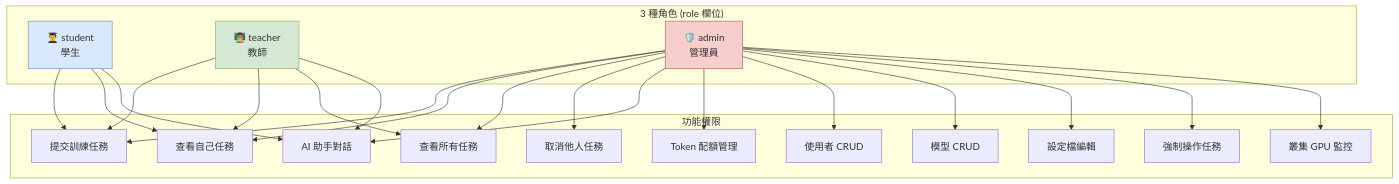
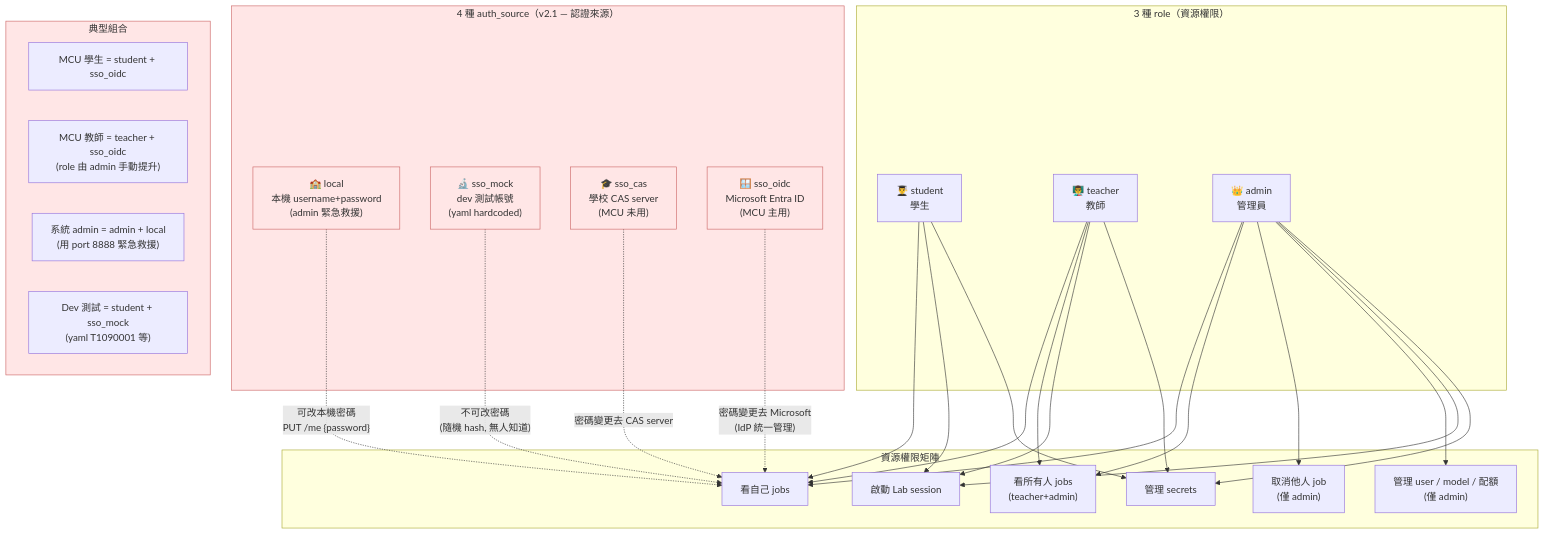
The seventh of 12 diagrams in docs/diagrams/ARCHITECTURE-MERMAID.md (Lazywah/MingChuan-library-testing-projects), drawn with Mermaid before and after one commit. The commit also changed other lines of this file and 3 other files, not shown here.

First line of the commit message:
文件: 更新 mermaid 架構圖與 00/README 反映 v2.1 SSO OIDC 與 v2.0 Lab

````diff
--- a/docs/diagrams/ARCHITECTURE-MERMAID.md
+++ b/docs/diagrams/ARCHITECTURE-MERMAID.md
@@ -417,48 +551,53 @@
 ```mermaid
 flowchart TB
-    subgraph Roles["3 種角色 (role 欄位)"]
+    subgraph Roles["3 種 role（資源權限）"]
         S["👨‍🎓 student<br/>學生"]
         T["👨‍🏫 teacher<br/>教師"]
-        A["🛡️ admin<br/>管理員"]
+        A["👑 admin<br/>管理員"]
     end
 
-    subgraph Features["功能權限"]
-        F1["提交訓練任務"]
-        F2["查看自己任務"]
-        F3["查看所有任務"]
-        F4["取消他人任務"]
-        F5["AI 助手對話"]
-        F6["Token 配額管理"]
-        F7["使用者 CRUD"]
-        F8["模型 CRUD"]
-        F9["設定檔編輯"]
-        F10["強制操作任務"]
-        F11["叢集 GPU 監控"]
+    subgraph Sources["4 種 auth_source（v2.1 — 認證來源）"]
+        AS1["🏫 local<br/>本機 username+password<br/>(admin 緊急救援)"]
+        AS2["🔬 sso_mock<br/>dev 測試帳號<br/>(yaml hardcoded)"]
+        AS3["🎓 sso_cas<br/>學校 CAS server<br/>(MCU 未用)"]
+        AS4["🪟 sso_oidc<br/>Microsoft Entra ID<br/>(MCU 主用)"]
     end
 
-    S --> F1
-    S --> F2
-    S --> F5
-    T --> F1
-    T --> F2
-    T --> F3
-    T --> F5
-    A --> F1
-    A --> F2
-    A --> F3
-    A --> F4
-    A --> F5
-    A --> F6
-    A --> F7
-    A --> F8
-    A --> F9
-    A --> F10
-    A --> F11
+    subgraph Perms["資源權限矩陣"]
+        P1["看自己 jobs"]
+        P2["看所有人 jobs<br/>(teacher+admin)"]
+        P3["取消他人 job<br/>(僅 admin)"]
+        P4["管理 user / model / 配額<br/>(僅 admin)"]
+        P5["啟動 Lab session"]
+        P6["管理 secrets"]
+    end
 
-    classDef student fill:#dae8fc,stroke:#6c8ebf
-    classDef teacher fill:#d5e8d4,stroke:#82b366
-    classDef admin fill:#f8cecc,stroke:#b85450
-    class S student
-    class T teacher
-    class A admin
+    S --> P1
+    S --> P5
+    S --> P6
+    T --> P1
+    T --> P2
+    T --> P5
+    T --> P6
+    A --> P1
+    A --> P2
+    A --> P3
+    A --> P4
+    A --> P5
+    A --> P6
+
+    AS1 -.->|"可改本機密碼<br/>PUT /me {password}"| P1
+    AS2 -.->|"不可改密碼<br/>(隨機 hash, 無人知道)"| P1
+    AS3 -.->|"密碼變更去 CAS server"| P1
+    AS4 -.->|"密碼變更去 Microsoft<br/>(IdP 統一管理)"| P1
+
+    subgraph Combos["典型組合"]
+        C1["MCU 學生 = student + sso_oidc"]
+        C2["MCU 教師 = teacher + sso_oidc<br/>(role 由 admin 手動提升)"]
+        C3["系統 admin = admin + local<br/>(用 port 8888 緊急救援)"]
+        C4["Dev 測試 = student + sso_mock<br/>(yaml T1090001 等)"]
+    end
+
+    classDef v21 fill:#ffe6e6,stroke:#cc6666
+    class AS1,AS2,AS3,AS4,Sources,Combos v21
 ```
````
